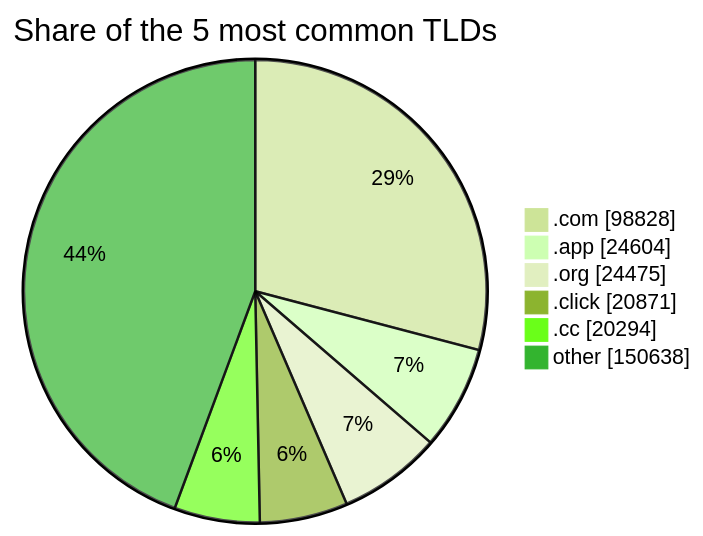
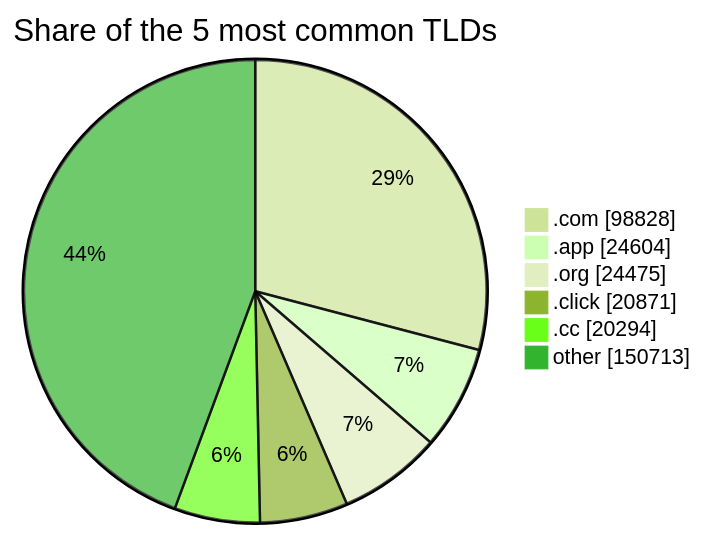
Before and after one commit to DNSBunker/CTI: the third of 3 diagrams in README.md, drawn with Mermaid (forest theme). The commit also changed other lines of this file and 4 other files, not shown here.

````diff
--- a/README.md
+++ b/README.md
@@ -81,9 +81,9 @@
 ```mermaid
 pie showData title Share of the 5 most common TLDs
     ".com" : 98828
     ".app" : 24604
     ".org" : 24475
     ".click" : 20871
     ".cc" : 20294
-    "other" : 150638
+    "other" : 150713
 ```
````
